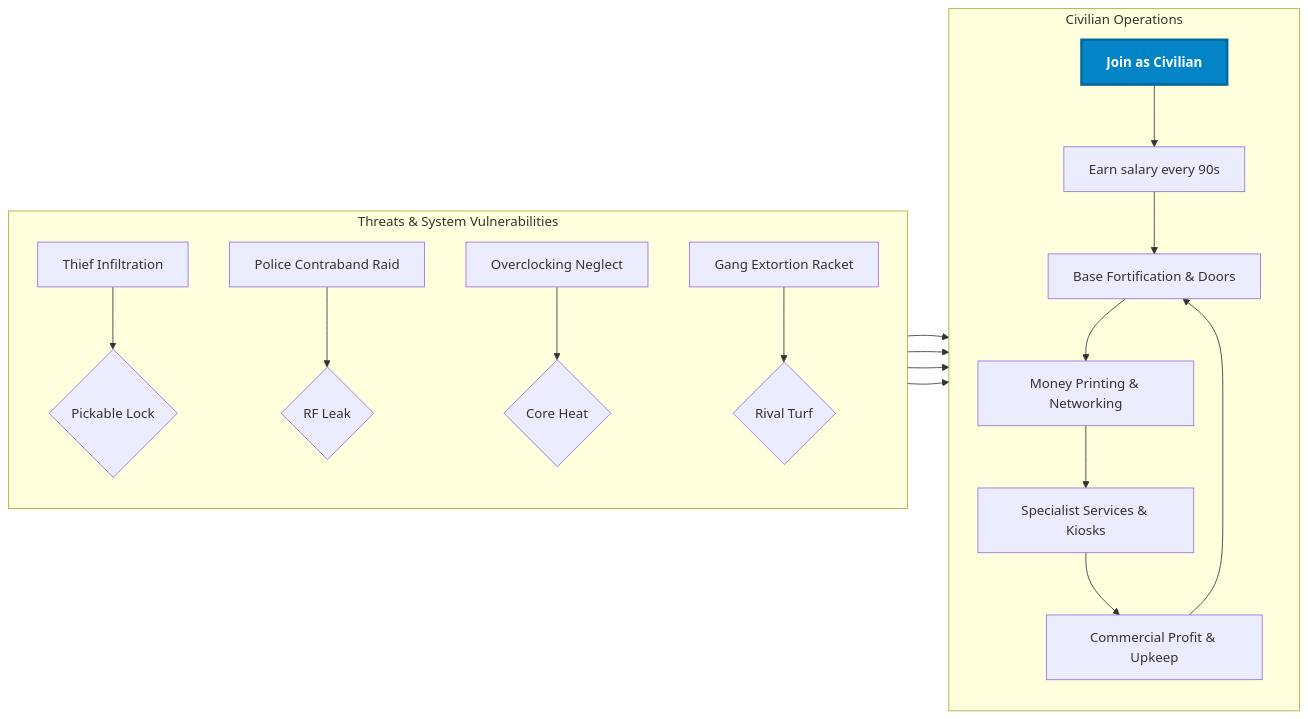
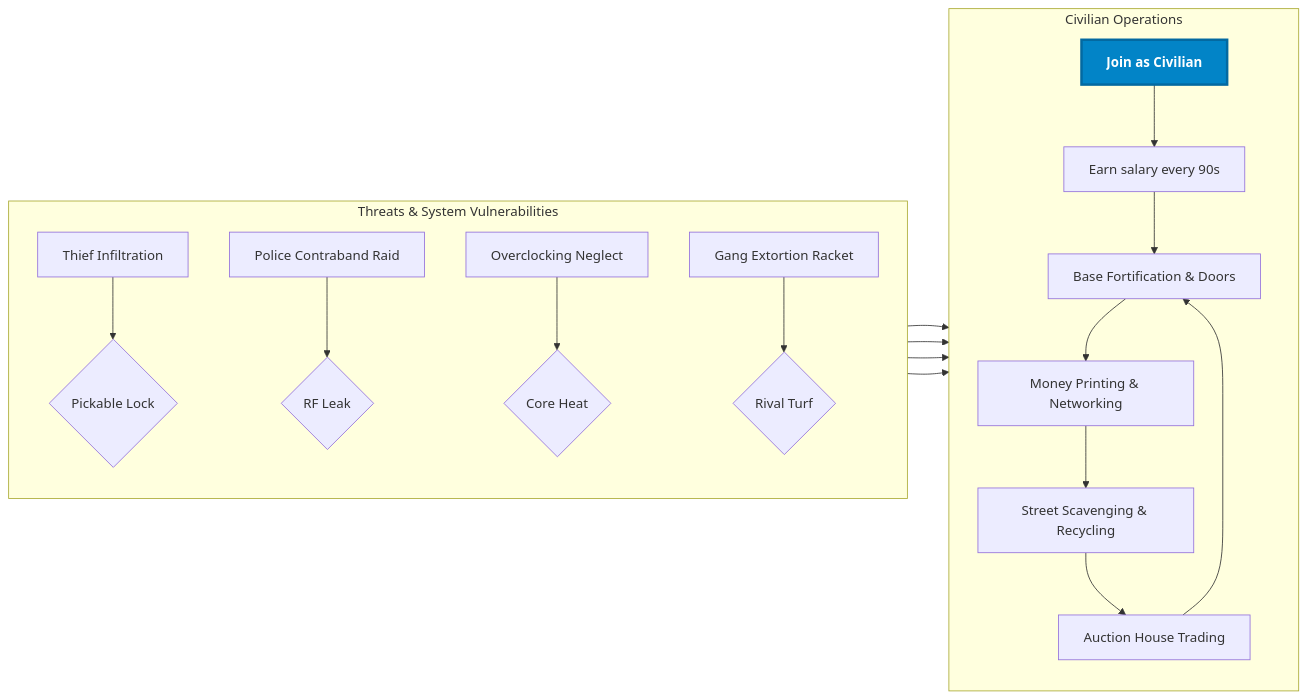
Before and after one commit to elblayko/gwrp: the first of 6 diagrams in README.md, drawn with Mermaid. The commit also changed other lines of this file and 2 other files, not shown here.

Commit message:
feat(auction): update bag selection and active listings count on post, update README docs

````diff
--- a/README.md
+++ b/README.md
@@ -115,27 +145,27 @@
 ```mermaid
 flowchart LR
     subgraph Civilian["Civilian Operations"]
         direction TB
         Join["Join as Civilian"] --> Salary["Earn salary every 90s"]
         Salary --> Base["Base Fortification & Doors"]
         Base --> Print["Money Printing & Networking"]
-        Print --> Serv["Specialist Services & Kiosks"]
-        Serv --> Econ["Commercial Profit & Upkeep"]
-        Econ --> Base
+        Print --> Scav["Street Scavenging & Recycling"]
+        Scav --> AH["Auction House Trading"]
+        AH --> Base
     end
 
     subgraph Security["Threats & System Vulnerabilities"]
         direction TB
         T_Thief["Thief Infiltration"] --> V_Lock{"Pickable Lock"}
         T_Police["Police Contraband Raid"] --> V_Sig{"RF Leak"}
         T_Heat["Overclocking Neglect"] --> V_Heat{"Core Heat"}
         T_Gang["Gang Extortion Racket"] --> V_Turf{"Rival Turf"}
     end
 
     V_Lock --> Base
     V_Sig --> Print
     V_Heat --> Print
-    V_Turf --> Serv
+    V_Turf --> Scav
 
     style Join fill:#0284c7,stroke:#0369a1,stroke-width:3px,color:#ffffff,font-weight:bold
 ```
````
